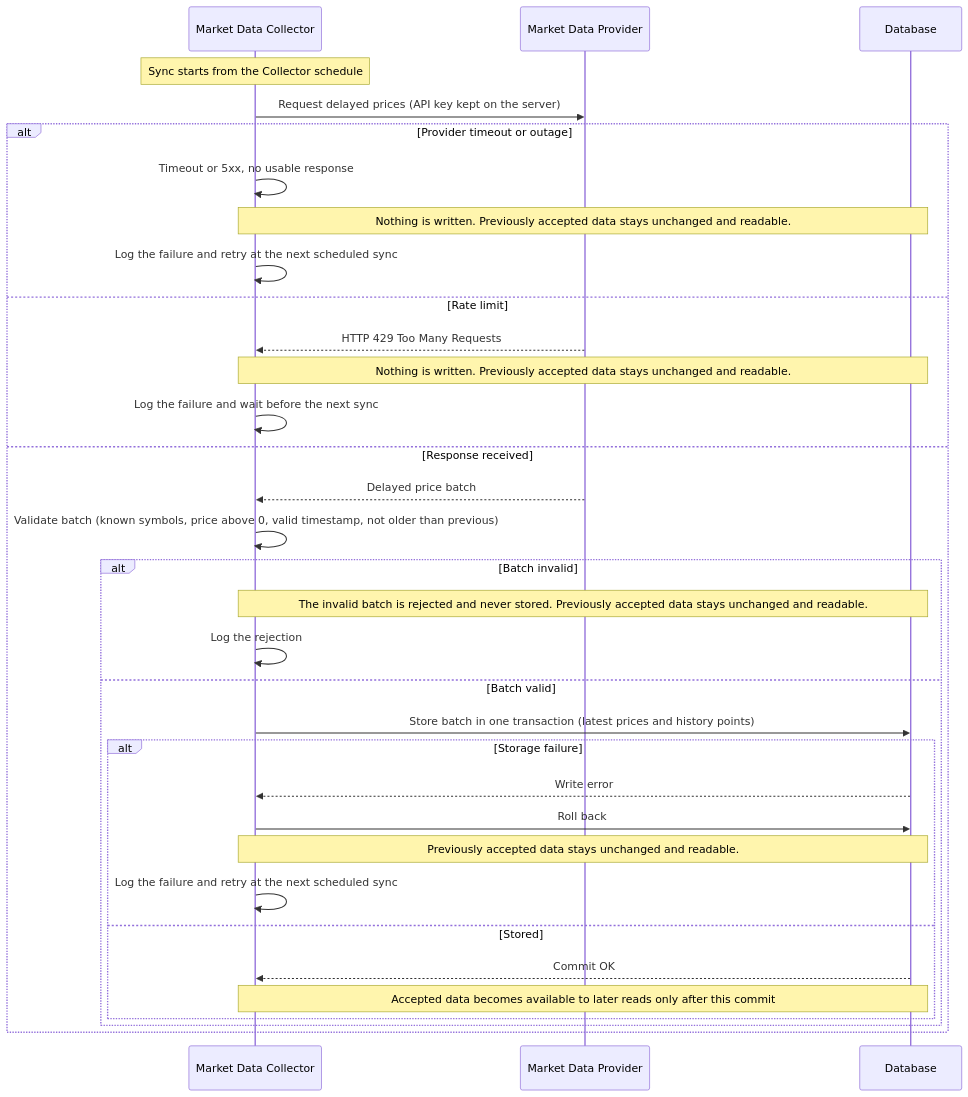
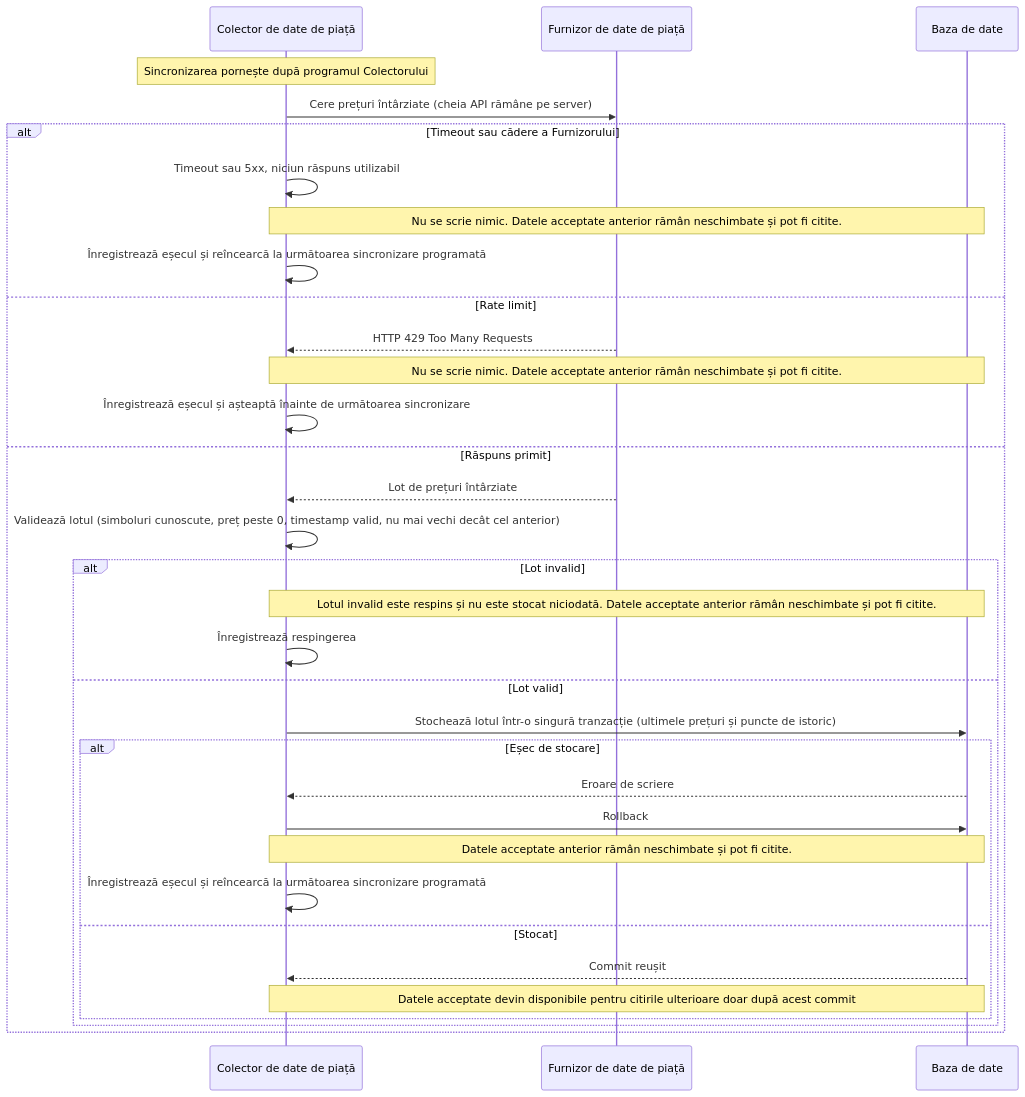
The fourth of 6 diagrams in lab3.md (sainciucbeatricie/psi-labs), drawn with Mermaid before and after one commit. The commit also changed other lines of this file, not shown here.

````diff
--- a/lab3.md
+++ b/lab3.md
@@ -122,36 +122,36 @@
 ```mermaid
 sequenceDiagram
-    participant C as Market Data Collector
-    participant P as Market Data Provider
-    participant D as Database
+    participant C as Colector de date de piață
+    participant P as Furnizor de date de piață
+    participant D as Baza de date
 
-    Note over C: Sync starts from the Collector schedule
-    C->>P: Request delayed prices (API key kept on the server)
-    alt Provider timeout or outage
-        C->>C: Timeout or 5xx, no usable response
-        Note over C,D: Nothing is written. Previously accepted data stays unchanged and readable.
-        C->>C: Log the failure and retry at the next scheduled sync
+    Note over C: Sincronizarea pornește după programul Colectorului
+    C->>P: Cere prețuri întârziate (cheia API rămâne pe server)
+    alt Timeout sau cădere a Furnizorului
+        C->>C: Timeout sau 5xx, niciun răspuns utilizabil
+        Note over C,D: Nu se scrie nimic. Datele acceptate anterior rămân neschimbate și pot fi citite.
+        C->>C: Înregistrează eșecul și reîncearcă la următoarea sincronizare programată
     else Rate limit
         P-->>C: HTTP 429 Too Many Requests
-        Note over C,D: Nothing is written. Previously accepted data stays unchanged and readable.
-        C->>C: Log the failure and wait before the next sync
-    else Response received
-        P-->>C: Delayed price batch
-        C->>C: Validate batch (known symbols, price above 0, valid timestamp, not older than previous)
-        alt Batch invalid
-            Note over C,D: The invalid batch is rejected and never stored. Previously accepted data stays unchanged and readable.
-            C->>C: Log the rejection
-        else Batch valid
-            C->>D: Store batch in one transaction (latest prices and history points)
-            alt Storage failure
-                D-->>C: Write error
-                C->>D: Roll back
-                Note over C,D: Previously accepted data stays unchanged and readable.
-                C->>C: Log the failure and retry at the next scheduled sync
-            else Stored
-                D-->>C: Commit OK
-                Note over C,D: Accepted data becomes available to later reads only after this commit
+        Note over C,D: Nu se scrie nimic. Datele acceptate anterior rămân neschimbate și pot fi citite.
+        C->>C: Înregistrează eșecul și așteaptă înainte de următoarea sincronizare
+    else Răspuns primit
+        P-->>C: Lot de prețuri întârziate
+        C->>C: Validează lotul (simboluri cunoscute, preț peste 0, timestamp valid, nu mai vechi decât cel anterior)
+        alt Lot invalid
+            Note over C,D: Lotul invalid este respins și nu este stocat niciodată. Datele acceptate anterior rămân neschimbate și pot fi citite.
+            C->>C: Înregistrează respingerea
+        else Lot valid
+            C->>D: Stochează lotul într-o singură tranzacție (ultimele prețuri și puncte de istoric)
+            alt Eșec de stocare
+                D-->>C: Eroare de scriere
+                C->>D: Rollback
+                Note over C,D: Datele acceptate anterior rămân neschimbate și pot fi citite.
+                C->>C: Înregistrează eșecul și reîncearcă la următoarea sincronizare programată
+            else Stocat
+                D-->>C: Commit reușit
+                Note over C,D: Datele acceptate devin disponibile pentru citirile ulterioare doar după acest commit
             end
         end
     end
 ```
````
